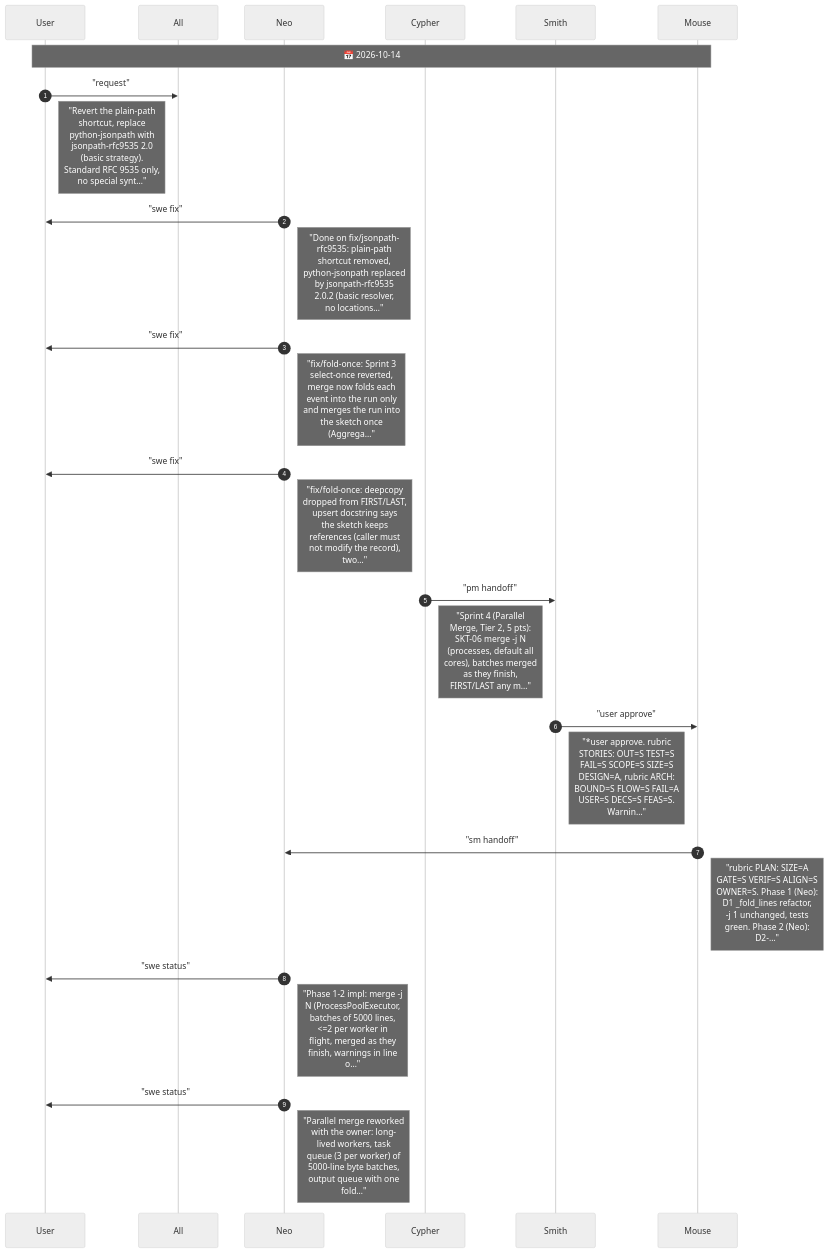
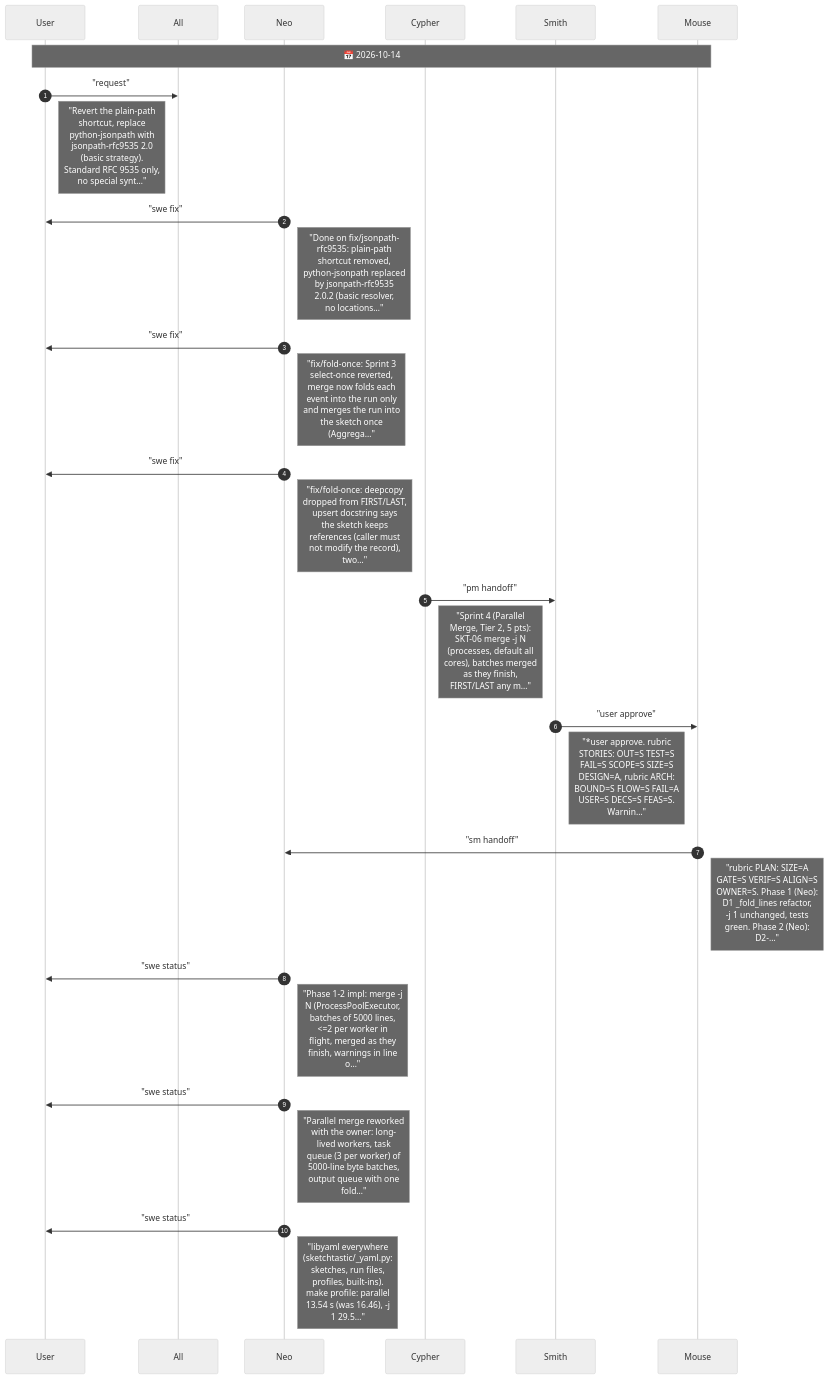
Before and after one commit to drusifer/sketch-tastic: the diagram in agents/CHAT.diagram.md, drawn with Mermaid (neutral theme). The commit also changed 6 other files, not shown here.

First line of the commit message:
perf: read and write all YAML through libyaml

````diff
--- a/agents/CHAT.diagram.md
+++ b/agents/CHAT.diagram.md
@@ -5,30 +5,32 @@
 ```mermaid
 %%{init: {"sequence": {"messageFontSize": 14, "noteFontSize": 18, "actorFontSize": 14}}}%%
 sequenceDiagram
     autonumber
     participant User
     participant All
     participant Neo
     participant Cypher
     participant Smith
     participant Mouse
     Note over User,Mouse: 📅 2026-10-14
     User->>All: "request"
     Note right of User: "Revert the plain-path<br/>shortcut, replace<br/>python-jsonpath with<br/>jsonpath-rfc9535 2.0<br/>(basic strategy).<br/>Standard RFC 9535 only,<br/>no special synt…"
     Neo->>User: "swe fix"
     Note right of Neo: "Done on fix/jsonpath-<br/>rfc9535: plain-path<br/>shortcut removed,<br/>python-jsonpath replaced<br/>by jsonpath-rfc9535<br/>2.0.2 (basic resolver,<br/>no locations…"
     Neo->>User: "swe fix"
     Note right of Neo: "fix/fold-once: Sprint 3<br/>select-once reverted,<br/>merge now folds each<br/>event into the run only<br/>and merges the run into<br/>the sketch once<br/>(Aggrega…"
     Neo->>User: "swe fix"
     Note right of Neo: "fix/fold-once: deepcopy<br/>dropped from FIRST/LAST,<br/>upsert docstring says<br/>the sketch keeps<br/>references (caller must<br/>not modify the record),<br/>two…"
     Cypher->>Smith: "pm handoff"
     Note right of Cypher: "Sprint 4 (Parallel<br/>Merge, Tier 2, 5 pts):<br/>SKT-06 merge -j N<br/>(processes, default all<br/>cores), batches merged<br/>as they finish,<br/>FIRST/LAST any m…"
     Smith->>Mouse: "user approve"
     Note right of Smith: "*user approve. rubric<br/>STORIES: OUT=S TEST=S<br/>FAIL=S SCOPE=S SIZE=S<br/>DESIGN=A, rubric ARCH:<br/>BOUND=S FLOW=S FAIL=A<br/>USER=S DECS=S FEAS=S.<br/>Warnin…"
     Mouse->>Neo: "sm handoff"
     Note right of Mouse: "rubric PLAN: SIZE=A<br/>GATE=S VERIF=S ALIGN=S<br/>OWNER=S. Phase 1 (Neo):<br/>D1 _fold_lines refactor,<br/>-j 1 unchanged, tests<br/>green. Phase 2 (Neo):<br/>D2-…"
     Neo->>User: "swe status"
     Note right of Neo: "Phase 1-2 impl: merge -j<br/>N (ProcessPoolExecutor,<br/>batches of 5000 lines,<br/><=2 per worker in<br/>flight, merged as they<br/>finish, warnings in line<br/>o…"
     Neo->>User: "swe status"
     Note right of Neo: "Parallel merge reworked<br/>with the owner: long-<br/>lived workers, task<br/>queue (3 per worker) of<br/>5000-line byte batches,<br/>output queue with one<br/>fold…"
+    Neo->>User: "swe status"
+    Note right of Neo: "libyaml everywhere<br/>(sketchtastic/_yaml.py:<br/>sketches, run files,<br/>profiles, built-ins).<br/>make profile: parallel<br/>13.54 s (was 16.46), -j<br/>1 29.5…"
 ```
````
